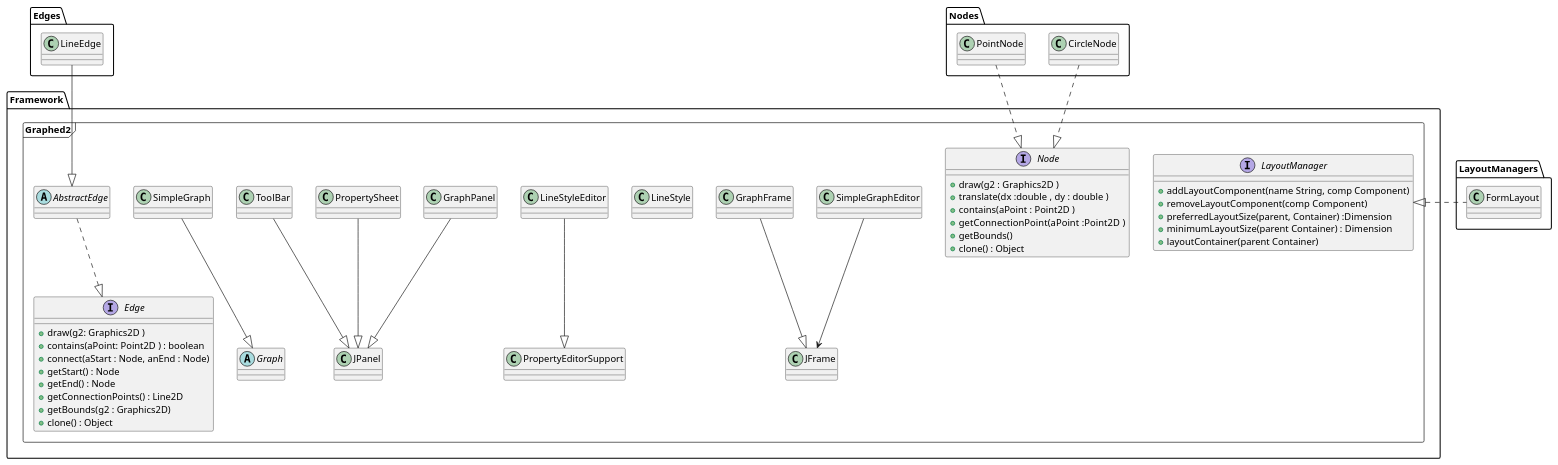
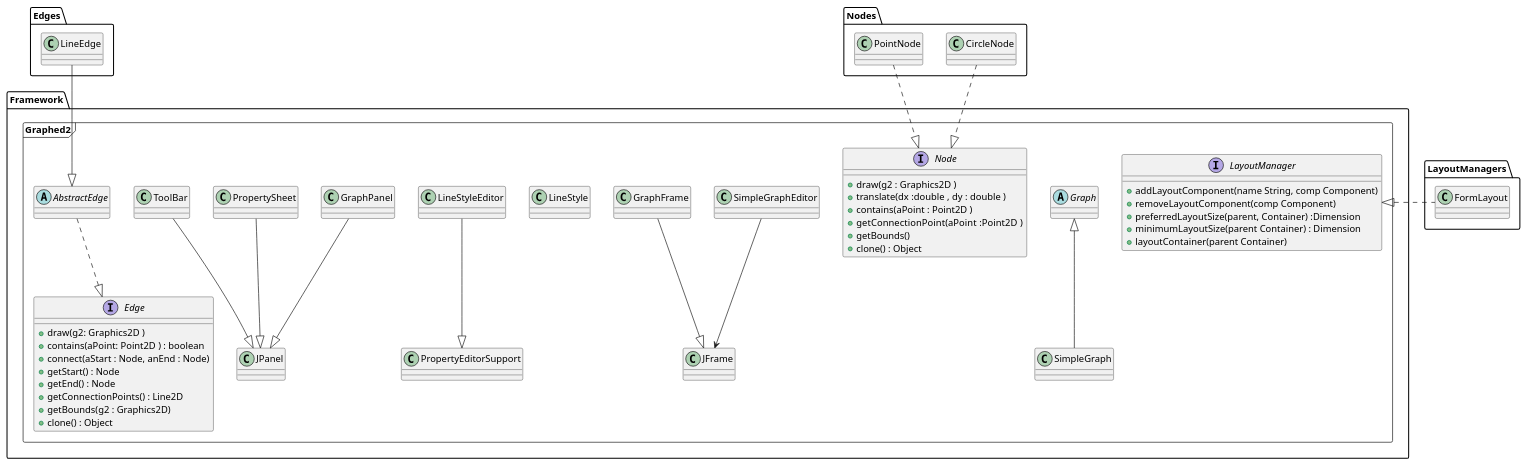
Before and after one commit to BlastChaos/LOG121-GOF-exemples: the diagram in src/main/java/Framework/Graphed2/README.md, drawn with PlantUML.

````diff
--- a/src/main/java/Framework/Graphed2/README.md
+++ b/src/main/java/Framework/Graphed2/README.md
@@ -6,82 +6,82 @@
 ```plantuml
 @startuml
 package Framework.Graphed2 <<Frame>> {
     abstract AbstractEdge
     abstract Graph
     
     class GraphFrame
     class GraphPanel
     class JFrame
     class JPanel
     class LineStyle
     class LineStyleEditor
     interface Edge{
         +draw(g2: Graphics2D )
         +contains(aPoint: Point2D ) : boolean
         +connect(aStart : Node, anEnd : Node)
         +getStart() : Node
         +getEnd() : Node
         +getConnectionPoints() : Line2D
         +getBounds(g2 : Graphics2D)
         +clone() : Object
     }
     class PropertyEditorSupport
     class PropertySheet
     class SimpleGraph
     class SimpleGraphEditor
     class ToolBar
     interface LayoutManager{
     +addLayoutComponent(name String, comp Component)
     +removeLayoutComponent(comp Component)
     +preferredLayoutSize(parent, Container) :Dimension
     +minimumLayoutSize(parent Container) : Dimension
     +layoutContainer(parent Container)
 } 
     interface Node{
     +draw(g2 : Graphics2D )
     +translate(dx :double , dy : double )
     +contains(aPoint : Point2D )
     +getConnectionPoint(aPoint :Point2D  )
     +getBounds()
     +clone() : Object 
 }
 }
 
 
 
 package LayoutManagers <<Folder>> { 
     class FormLayout
 }
 
 package Edges <<Folder>> { 
     class LineEdge
 }
 
 package Nodes <<Folder>> {
     class CircleNode
     class PointNode
 }
 
 
 
 
 
 
 
 FormLayout .left.|> LayoutManager
 
 AbstractEdge ..|> Edge
 CircleNode ..|> Node
 SimpleGraphEditor --> JFrame
 GraphFrame --|> JFrame
 GraphPanel --|> JPanel
 LineEdge --|> AbstractEdge
 LineStyleEditor --|> PropertyEditorSupport
 PointNode ..|> Node
 
 PropertySheet --|> JPanel
-SimpleGraph --|> Graph
+SimpleGraph -up-|> Graph
 
 ToolBar --|> JPanel
 @enduml
 ```
````
